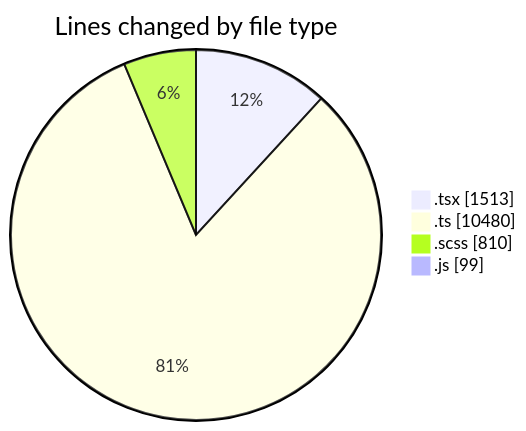
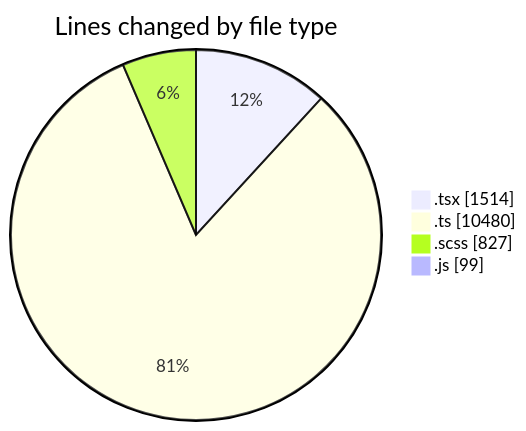
Before and after one commit to momahboobian/code-tracking: the first of 2 diagrams in 2025-03-26/cda/README.md, drawn with Mermaid. The commit also changed other lines of this file and 1 other file, not shown here.

````diff
--- a/2025-03-26/cda/README.md
+++ b/2025-03-26/cda/README.md
@@ -44,8 +44,8 @@
 ```mermaid
 pie showData
 title Lines changed by file type
-".tsx" : 1513
+".tsx" : 1514
 ".ts" : 10480
-".scss" : 810
+".scss" : 827
 ".js" : 99
 ```
````
